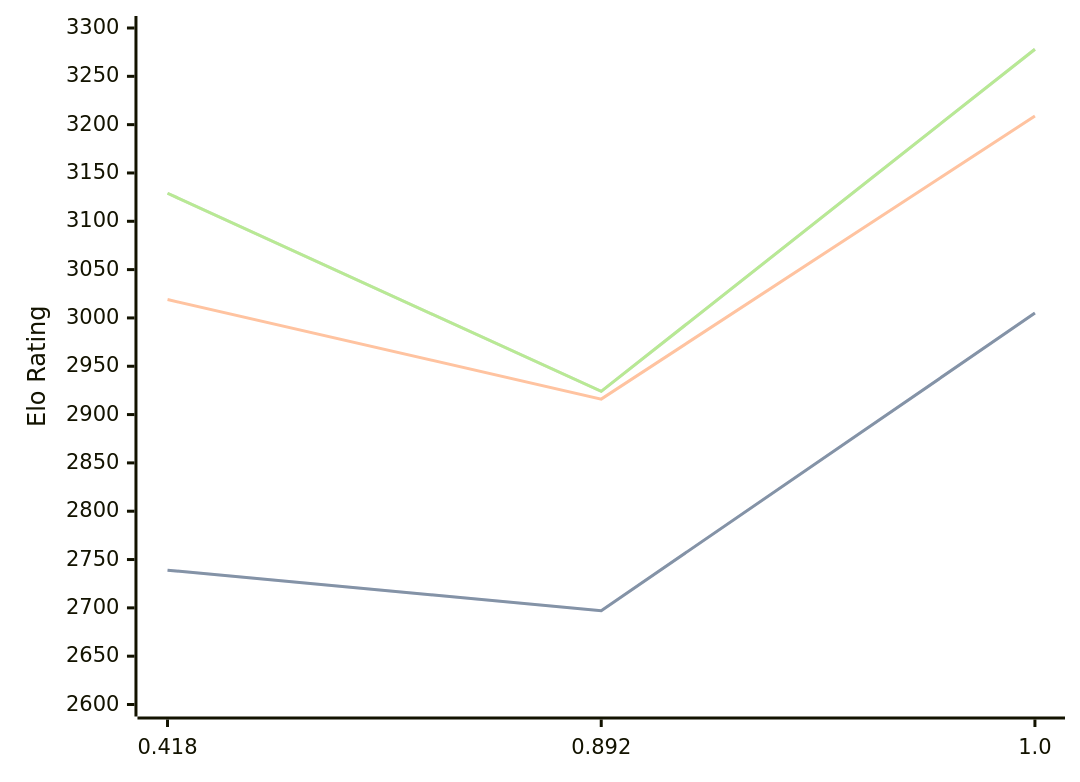
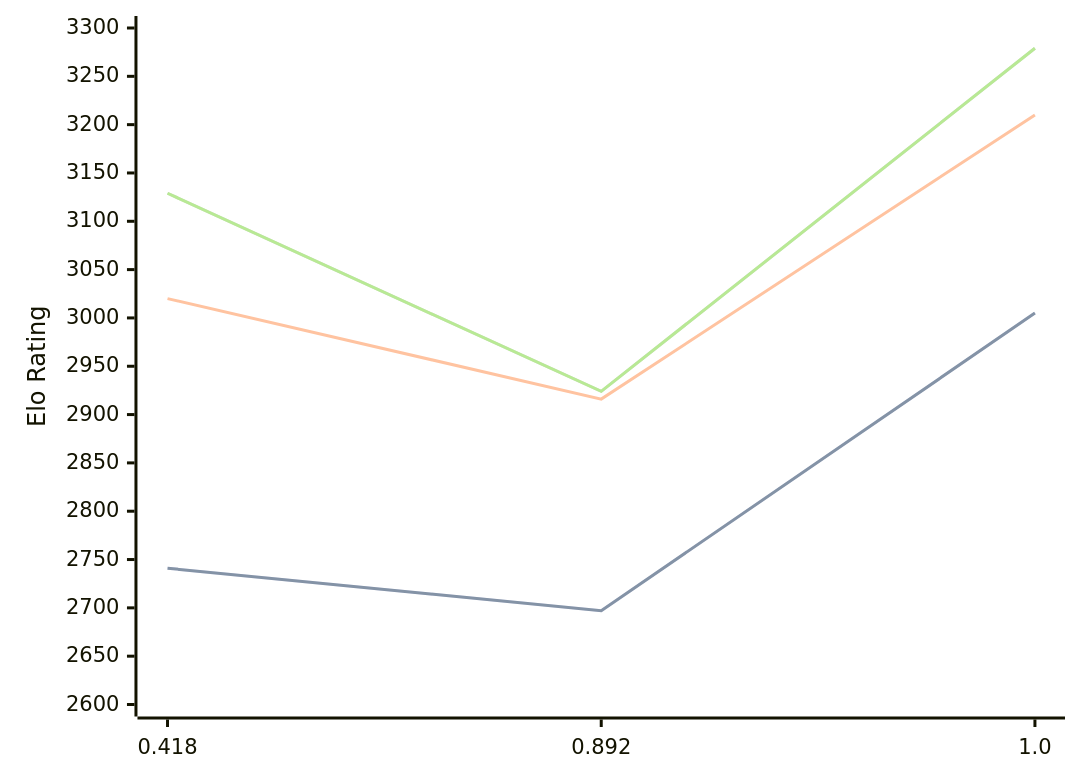
The diagram in engines/Malika.md (computer-chess-index/cci), drawn with Mermaid before and after one commit. The commit also changed other lines of this file, not shown here.

Commit message:
Update CCI Ratings (ELO VLTC) - 2026-04-07

````diff
--- a/engines/Malika.md
+++ b/engines/Malika.md
@@ -33,11 +33,11 @@
 ```mermaid
 %%{init: {"theme":"base","themeVariables":{"seriesColors:['#a3a3a3','#222221','#faa371']}}}%%
 xychart-beta
   x-axis ["0.418", "0.892", "1.0"]
   y-axis "Elo Rating" 2600 --> 3300
-  line "STC (8.0+0.08s)" [2739, 2697, 3005]
-  line "STC (8.0+0.08s)" [2739, 2697, 3005]
-  line "LTC (60.0+0.60s)" [3019, 2916, 3209]
-  line "VLTC (2m24s+1.12s)" [3129, 2924, 3278]
-  line "VLTC (2m24s+1.12s)" [3129, 2924, 3278]
+  line "STC (8.0+0.08s)" [2741, 2697, 3005]
+  line "STC (8.0+0.08s)" [2741, 2697, 3005]
+  line "LTC (60.0+0.60s)" [3020, 2916, 3210]
+  line "VLTC (2m24s+1.12s)" [3129, 2924, 3279]
+  line "VLTC (2m24s+1.12s)" [3129, 2924, 3279]
 ```
````
